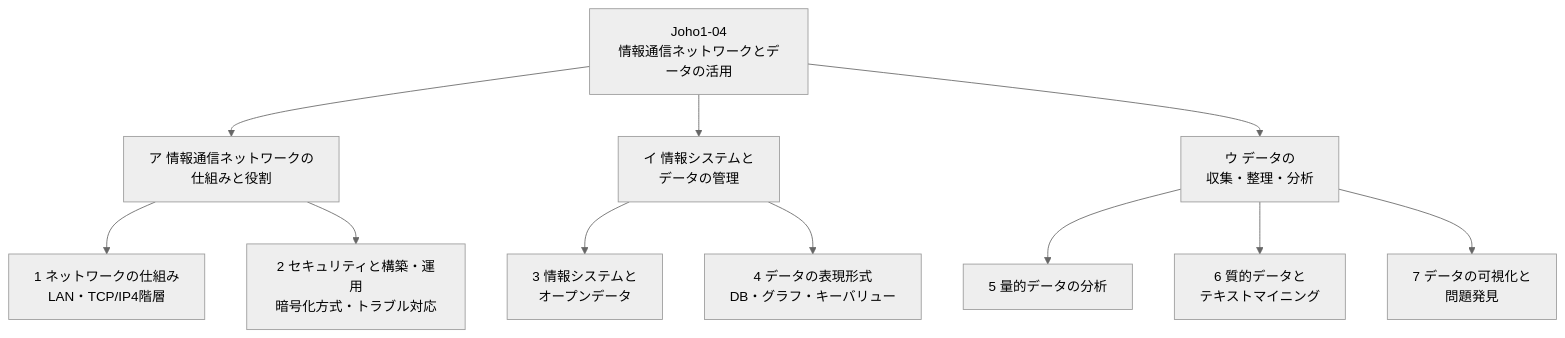
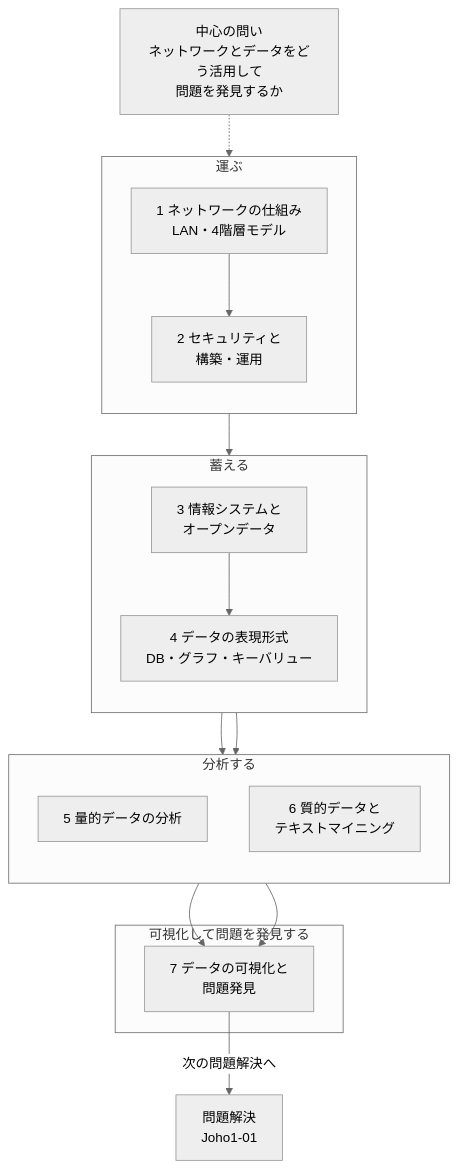
Before and after one commit to miyataka/cszap: the diagram in docs/Joho1/Joho1-04.md, drawn with Mermaid (neutral theme). The commit also changed other lines of this file and 28 other files, not shown here.

First line of the commit message:
docs: redesign 全体像 diagrams per unit (29 pages)

````diff
--- a/docs/Joho1/Joho1-04.md
+++ b/docs/Joho1/Joho1-04.md
@@ -11,13 +11,36 @@
 ```mermaid
-graph TD
-  A[Joho1-04<br/>情報通信ネットワークとデータの活用] --> B[ア 情報通信ネットワークの<br/>仕組みと役割]
-  A --> C[イ 情報システムと<br/>データの管理]
-  A --> D[ウ データの<br/>収集・整理・分析]
-  B --> B1[1 ネットワークの仕組み<br/>LAN・TCP/IP4階層]
-  B --> B2[2 セキュリティと構築・運用<br/>暗号化方式・トラブル対応]
-  C --> C1[3 情報システムと<br/>オープンデータ]
-  C --> C2[4 データの表現形式<br/>DB・グラフ・キーバリュー]
-  D --> D1[5 量的データの分析]
-  D --> D2[6 質的データと<br/>テキストマイニング]
-  D --> D3[7 データの可視化と<br/>問題発見]
+flowchart TD
+  Q["中心の問い<br/>ネットワークとデータをどう活用して<br/>問題を発見するか"]
+
+  subgraph CARRY["運ぶ"]
+    direction TB
+    NET["1 ネットワークの仕組み<br/>LAN・4階層モデル"]
+    SEC["2 セキュリティと<br/>構築・運用"]
+    NET --> SEC
+  end
+
+  subgraph STORE["蓄える"]
+    direction TB
+    SYS["3 情報システムと<br/>オープンデータ"]
+    DATA["4 データの表現形式<br/>DB・グラフ・キーバリュー"]
+    SYS --> DATA
+  end
+
+  subgraph ANALYZE["分析する"]
+    direction TB
+    QUANT["5 量的データの分析"]
+    QUAL["6 質的データと<br/>テキストマイニング"]
+  end
+
+  subgraph VISUAL["可視化して問題を発見する"]
+    VIZ["7 データの可視化と<br/>問題発見"]
+  end
+
+  Q -.-> NET
+  SEC --> SYS
+  DATA --> QUANT
+  DATA --> QUAL
+  QUANT --> VIZ
+  QUAL --> VIZ
+  VIZ -->|次の問題解決へ| PS["問題解決<br/>Joho1-01"]
 ```
````
